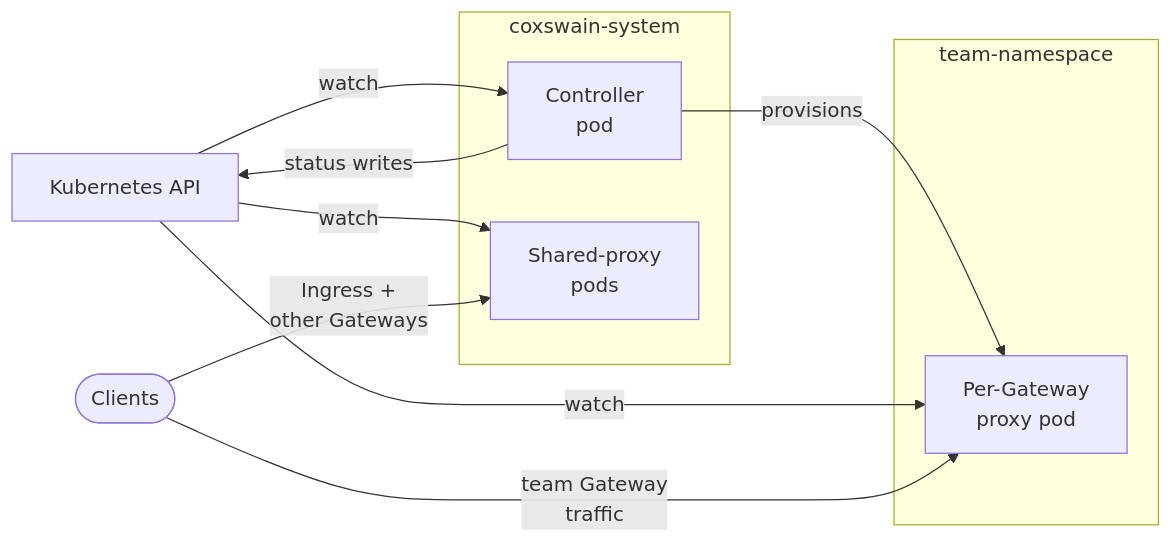
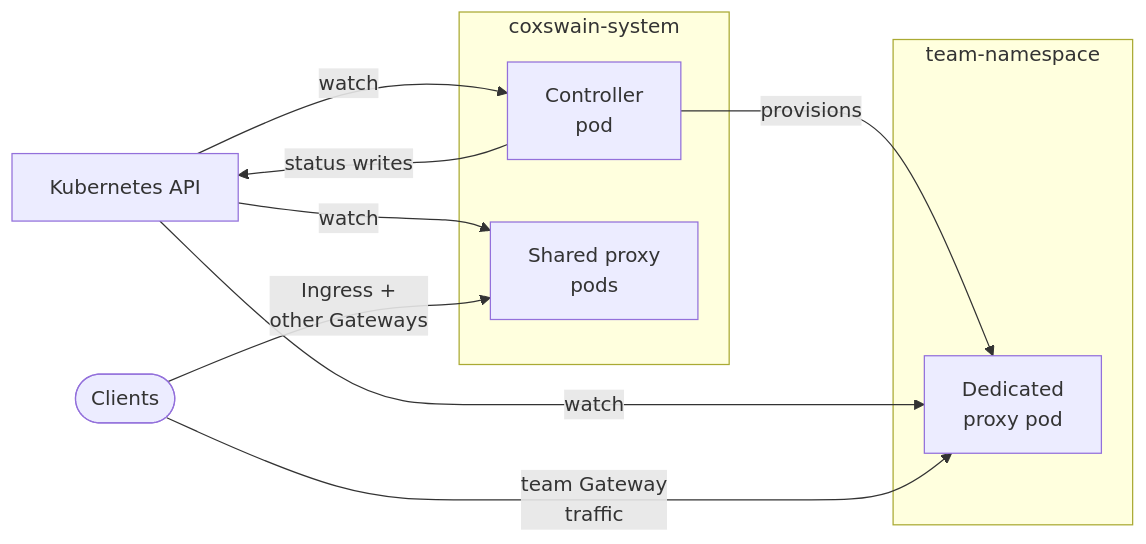
The third of 6 diagrams in docs/src/architecture.md (coxswain-labs/coxswain), drawn with Mermaid before and after one commit. The commit also changed other lines of this file and 5 other files, not shown here.

First line of the commit message:
docs(architecture): deployment-models guide + dedicated-mode walkthrough

````diff
--- a/docs/src/architecture.md
+++ b/docs/src/architecture.md
@@ -80,22 +86,22 @@
 ```mermaid
 flowchart LR
     K8s[Kubernetes API]
 
     subgraph cs[coxswain-system]
         C[Controller\npod]
-        SP[Shared-proxy\npods]
+        SP[Shared proxy\npods]
     end
 
     subgraph ns[team-namespace]
-        GP[Per-Gateway\nproxy pod]
+        GP[Dedicated\nproxy pod]
     end
 
     K8s -->|watch| C
     C -->|status writes| K8s
     C -->|provisions| GP
     K8s -->|watch| SP
     K8s -->|watch| GP
 
     Clients([Clients]) -->|Ingress +\nother Gateways| SP
     Clients -->|team Gateway\ntraffic| GP
 ```
````
